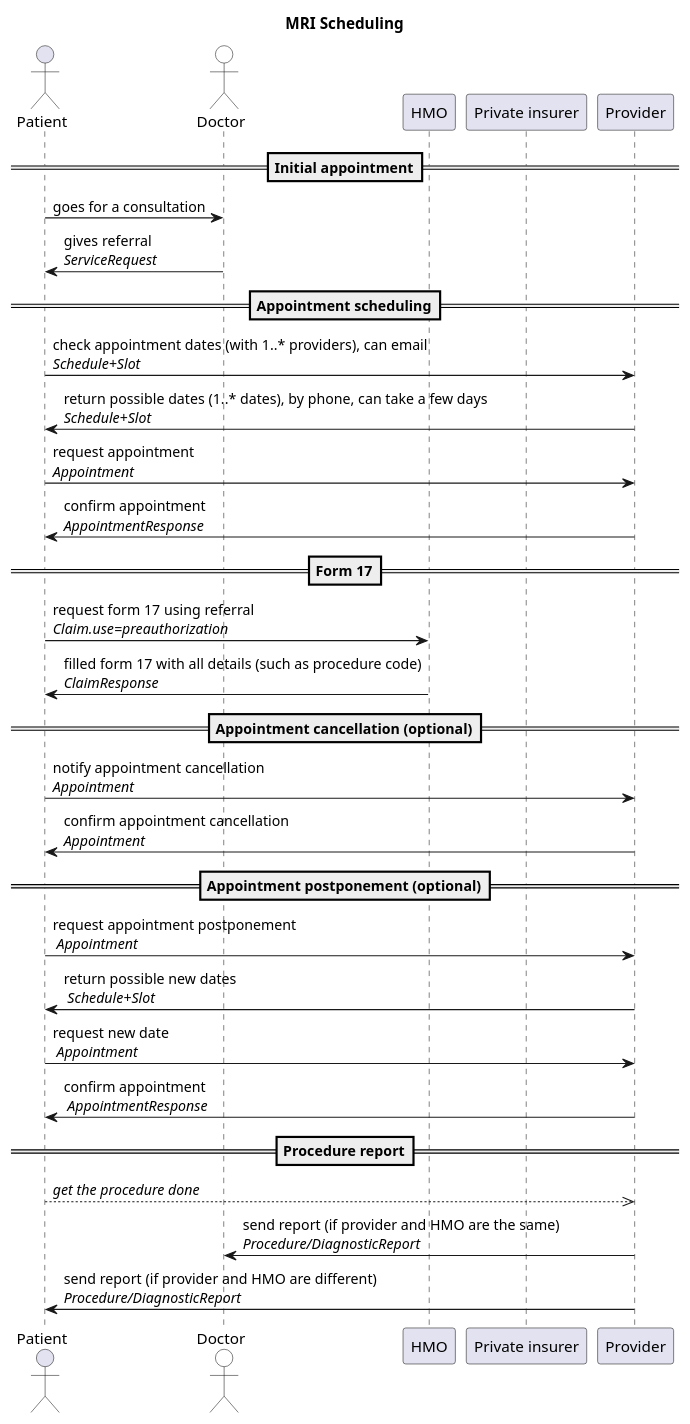
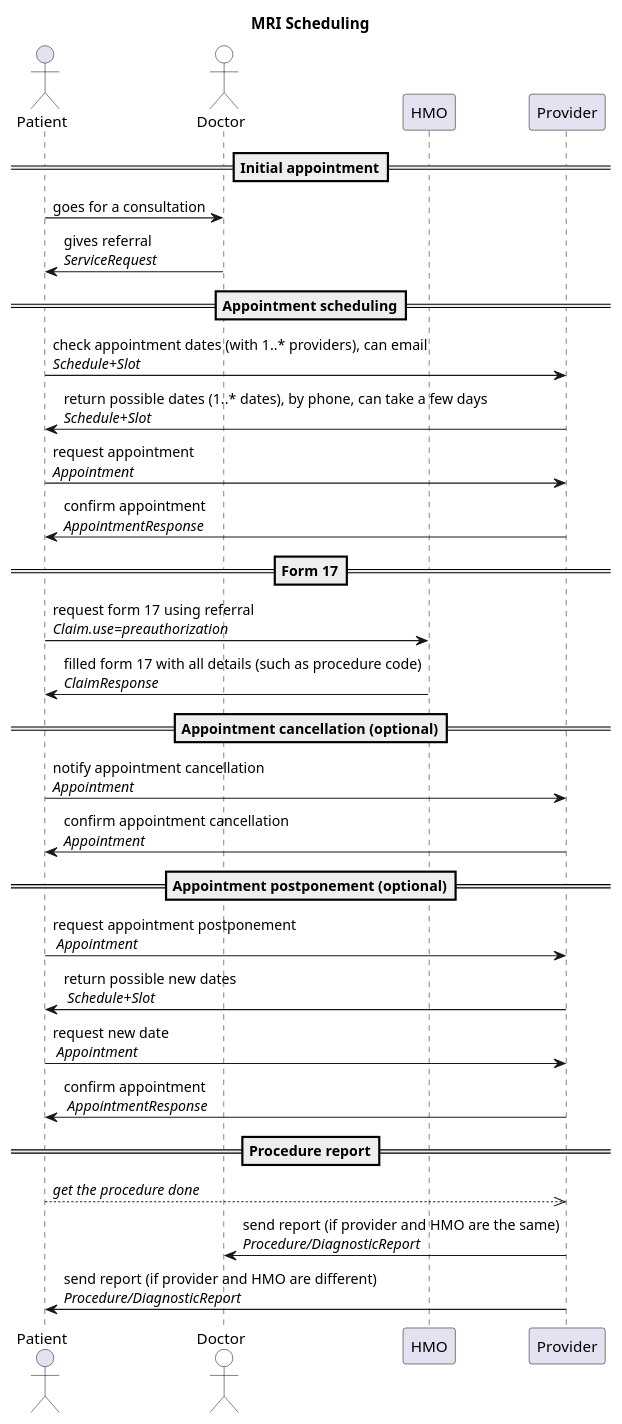
The diagram in input/images-source/workflow.plantuml (vadi2/MRI-Scheduling), drawn with PlantUML before and after one commit. The commit also changed 3 other files, not shown here.

Commit message:
Remove private insurer from diagrams

```diff
--- a/input/images-source/workflow.plantuml
+++ b/input/images-source/workflow.plantuml
@@ -1,42 +1,41 @@
 @startuml
 'editable with https://planttext.com
 'see documentation at https://plantuml.com/sequence-diagram
 
 title "MRI Scheduling"
 
 actor Patient
 actor Doctor #white
 participant HMO
-participant "Private insurer"
 participant Provider
 
 == Initial appointment==
 Patient -> Doctor: goes for a consultation
 Doctor -> Patient: gives referral\n//ServiceRequest//
 
 == Appointment scheduling==
 Patient -> Provider: check appointment dates (with 1..* providers), can email\n//Schedule+Slot//
 Provider -> Patient: return possible dates (1..* dates), by phone, can take a few days\n//Schedule+Slot//
 Patient -> Provider: request appointment\n//Appointment//
 Provider -> Patient: confirm appointment\n//AppointmentResponse//
 
 == Form 17==
 Patient -> HMO: request form 17 using referral\n//Claim.use=preauthorization//
 HMO -> Patient: filled form 17 with all details (such as procedure code)\n//ClaimResponse//
 
 == Appointment cancellation (optional)==
 Patient -> Provider: notify appointment cancellation\n//Appointment//
 Provider -> Patient: confirm appointment cancellation\n//Appointment//
 
 == Appointment postponement (optional)==
 Patient -> Provider: request appointment postponement\n //Appointment//
 Provider -> Patient: return possible new dates\n //Schedule+Slot//
 Patient -> Provider: request new date\n //Appointment//
 Provider -> Patient: confirm appointment\n //AppointmentResponse//
 
 == Procedure report==
 Patient -->> Provider: //get the procedure done//
 Provider -> Doctor: send report (if provider and HMO are the same)\n//Procedure/DiagnosticReport//
 Provider -> Patient: send report (if provider and HMO are different)\n//Procedure/DiagnosticReport//
 
 @enduml
```
